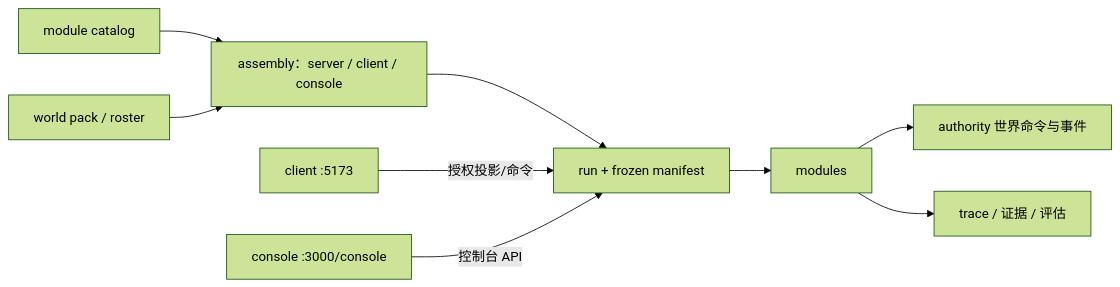
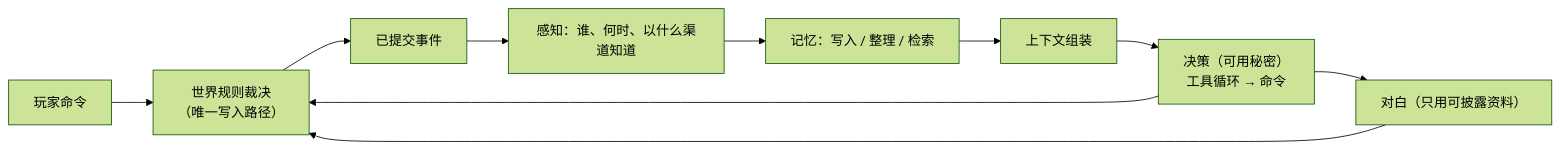
One commit to daftpunkwave/ai-npc-demo changed the diagram in docs/README.md. Above: the diagram before and after it, drawn with Mermaid (forest theme). The commit also changed other lines of this file and 38 other files, not shown here.

````diff
--- a/docs/README.md
+++ b/docs/README.md
@@ -35,11 +15,12 @@
-~~~mermaid
+```mermaid
 flowchart LR
-  CAT["module catalog"] --> ASM["assembly：server / client / console"]
-  CONTENT["world pack / roster"] --> ASM
-  ASM --> RUN["run + frozen manifest"]
-  RUN --> MOD["modules"]
-  MOD --> WORLD["authority 世界命令与事件"]
-  MOD --> TRACE["trace / 证据 / 评估"]
-  CLIENT["client :5173"] -->|"授权投影/命令"| RUN
-  CONSOLE["console :3000/console"] -->|"控制台 API"| RUN
-~~~
+  P["玩家命令"] --> W["世界规则裁决<br/>（唯一写入路径）"]
+  W --> E["已提交事件"]
+  E --> PE["感知：谁、何时、以什么渠道知道"]
+  PE --> M["记忆：写入 / 整理 / 检索"]
+  M --> C["上下文组装"]
+  C --> D["决策（可用秘密）<br/>工具循环 → 命令"]
+  D --> W
+  D --> S["对白（只用可披露资料）"]
+  S --> W
+```
````
